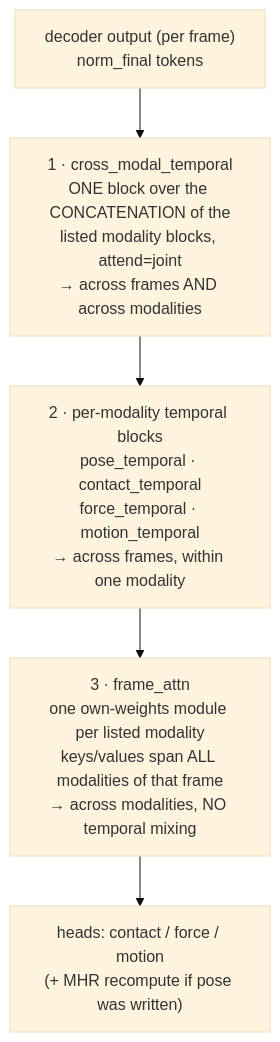
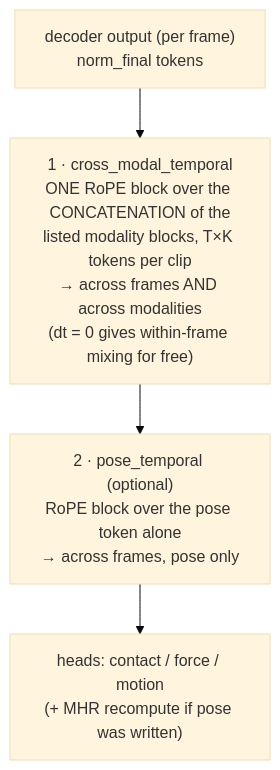
One commit to rihat99/contact_anything changed the diagram in docs/architecture.md. Above: the diagram before and after it, drawn with Mermaid (base theme). The commit also changed other lines of this file and 92 other files, not shown here.

First line of the commit message:
RoPE temporal stack, MHR-native pose supervision, gravity-view motion + roll-out

````diff
--- a/docs/architecture.md
+++ b/docs/architecture.md
@@ -472,8 +467,7 @@
 ```mermaid
 flowchart TD
     D["decoder output (per frame)<br/>norm_final tokens"] --> XM
-    XM["1 · cross_modal_temporal<br/>ONE block over the CONCATENATION of the<br/>listed modality blocks, attend=joint<br/>→ across frames AND across modalities"] --> PM
-    PM["2 · per-modality temporal blocks<br/>pose_temporal · contact_temporal<br/>force_temporal · motion_temporal<br/>→ across frames, within one modality"] --> FA
-    FA["3 · frame_attn<br/>one own-weights module per listed modality<br/>keys/values span ALL modalities of that frame<br/>→ across modalities, NO temporal mixing"] --> H
+    XM["1 · cross_modal_temporal<br/>ONE RoPE block over the CONCATENATION of the<br/>listed modality blocks, T×K tokens per clip<br/>→ across frames AND across modalities<br/>(dt = 0 gives within-frame mixing for free)"] --> PT
+    PT["2 · pose_temporal (optional)<br/>RoPE block over the pose token alone<br/>→ across frames, pose only"] --> H
     H["heads: contact / force / motion<br/>(+ MHR recompute if pose was written)"]
 ```
````
